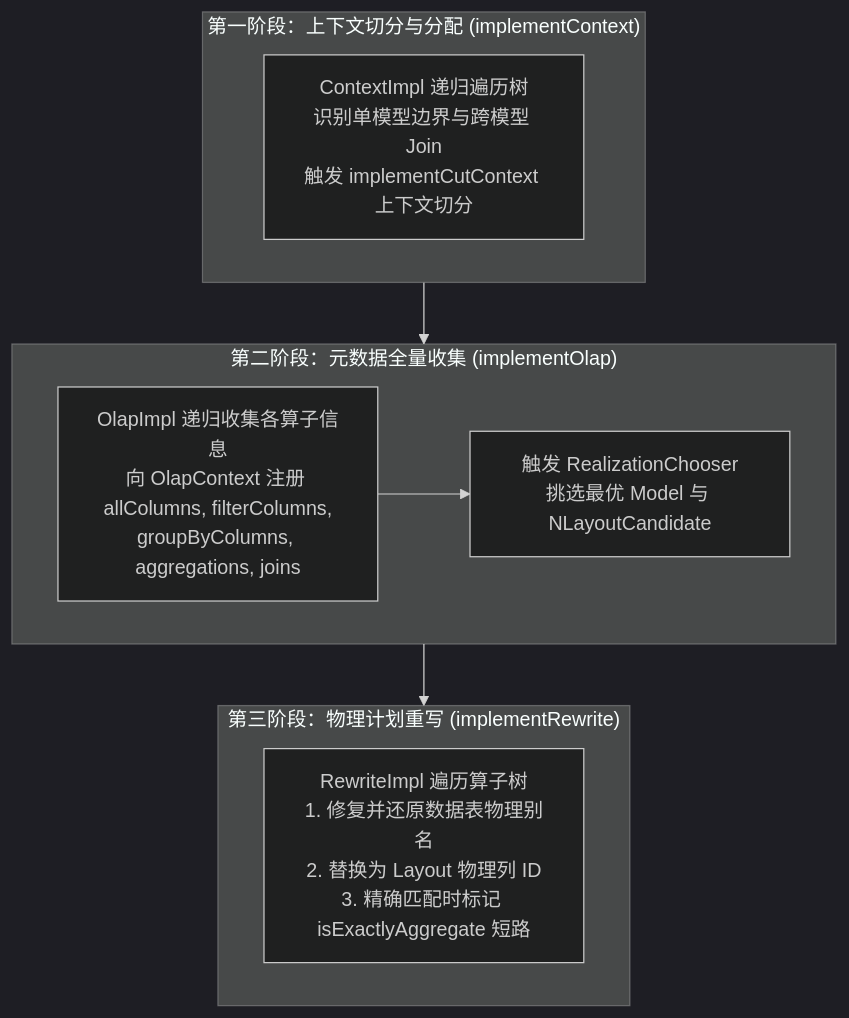
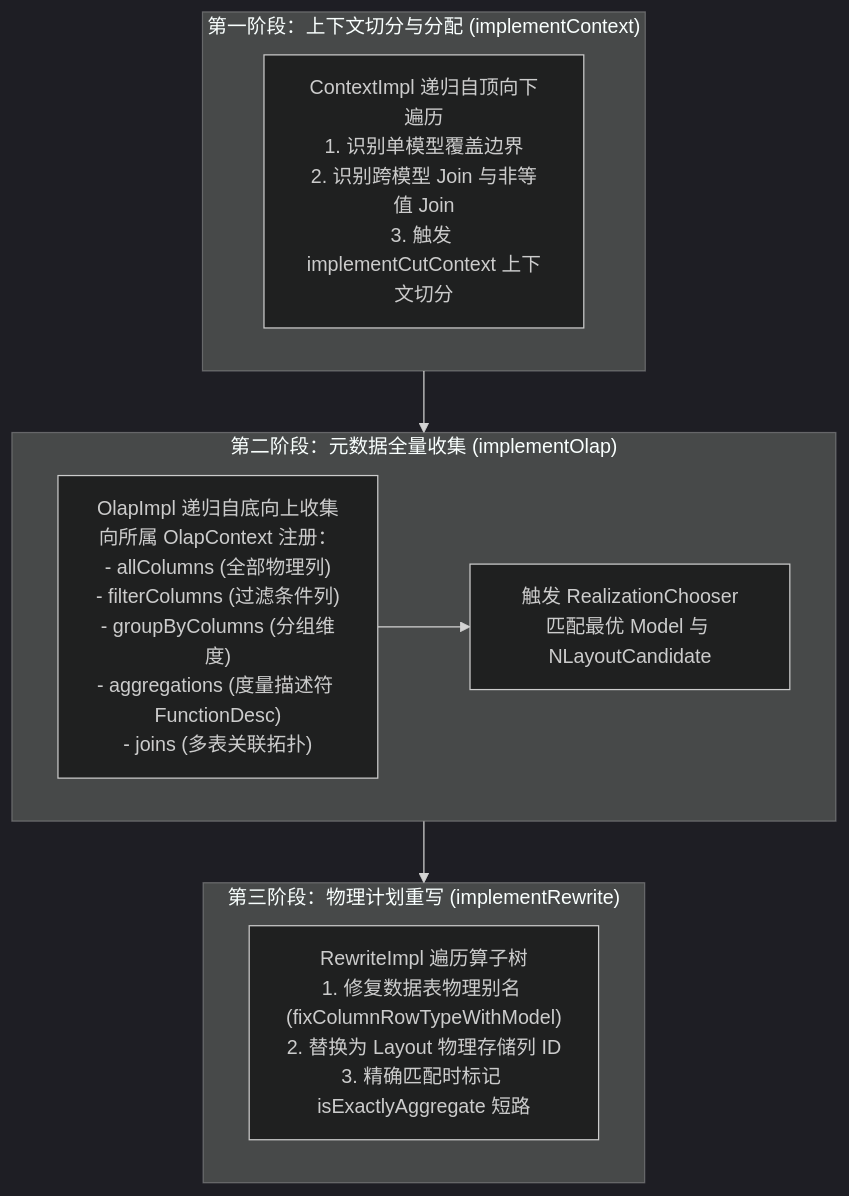
The second of 3 diagrams in posts/2026-08-18-kylin-query-engine-02-olap-rel-and-rules.md (Mrhs121/mrhs121.github.io), drawn with Mermaid (dark theme) before and after one commit. The commit also changed other lines of this file and 5 other files, not shown here.

````diff
--- a/posts/2026-08-18-kylin-query-engine-02-olap-rel-and-rules.md
+++ b/posts/2026-08-18-kylin-query-engine-02-olap-rel-and-rules.md
@@ -77,17 +100,17 @@
 ```mermaid
 flowchart TD
     subgraph Phase1 ["第一阶段：上下文切分与分配 (implementContext)"]
-        P1["ContextImpl 递归遍历树<br/>识别单模型边界与跨模型 Join<br/>触发 implementCutContext 上下文切分"]
+        P1["ContextImpl 递归自顶向下遍历<br/>1. 识别单模型覆盖边界<br/>2. 识别跨模型 Join 与非等值 Join<br/>3. 触发 implementCutContext 上下文切分"]
     end
 
     subgraph Phase2 ["第二阶段：元数据全量收集 (implementOlap)"]
-        P2["OlapImpl 递归收集各算子信息<br/>向 OlapContext 注册 allColumns, filterColumns,<br/>groupByColumns, aggregations, joins"]
-        P2 --> Match["触发 RealizationChooser<br/>挑选最优 Model 与 NLayoutCandidate"]
+        P2["OlapImpl 递归自底向上收集<br/>向所属 OlapContext 注册：<br/>- allColumns (全部物理列)<br/>- filterColumns (过滤条件列)<br/>- groupByColumns (分组维度)<br/>- aggregations (度量描述符 FunctionDesc)<br/>- joins (多表关联拓扑)"]
+        P2 --> Match["触发 RealizationChooser<br/>匹配最优 Model 与 NLayoutCandidate"]
     end
 
     subgraph Phase3 ["第三阶段：物理计划重写 (implementRewrite)"]
-        P3["RewriteImpl 遍历算子树<br/>1. 修复并还原数据表物理别名<br/>2. 替换为 Layout 物理列 ID<br/>3. 精确匹配时标记 isExactlyAggregate 短路"]
+        P3["RewriteImpl 遍历算子树<br/>1. 修复数据表物理别名 (fixColumnRowTypeWithModel)<br/>2. 替换为 Layout 物理存储列 ID<br/>3. 精确匹配时标记 isExactlyAggregate 短路"]
     end
 
     Phase1 --> Phase2 --> Phase3
 ```
````
